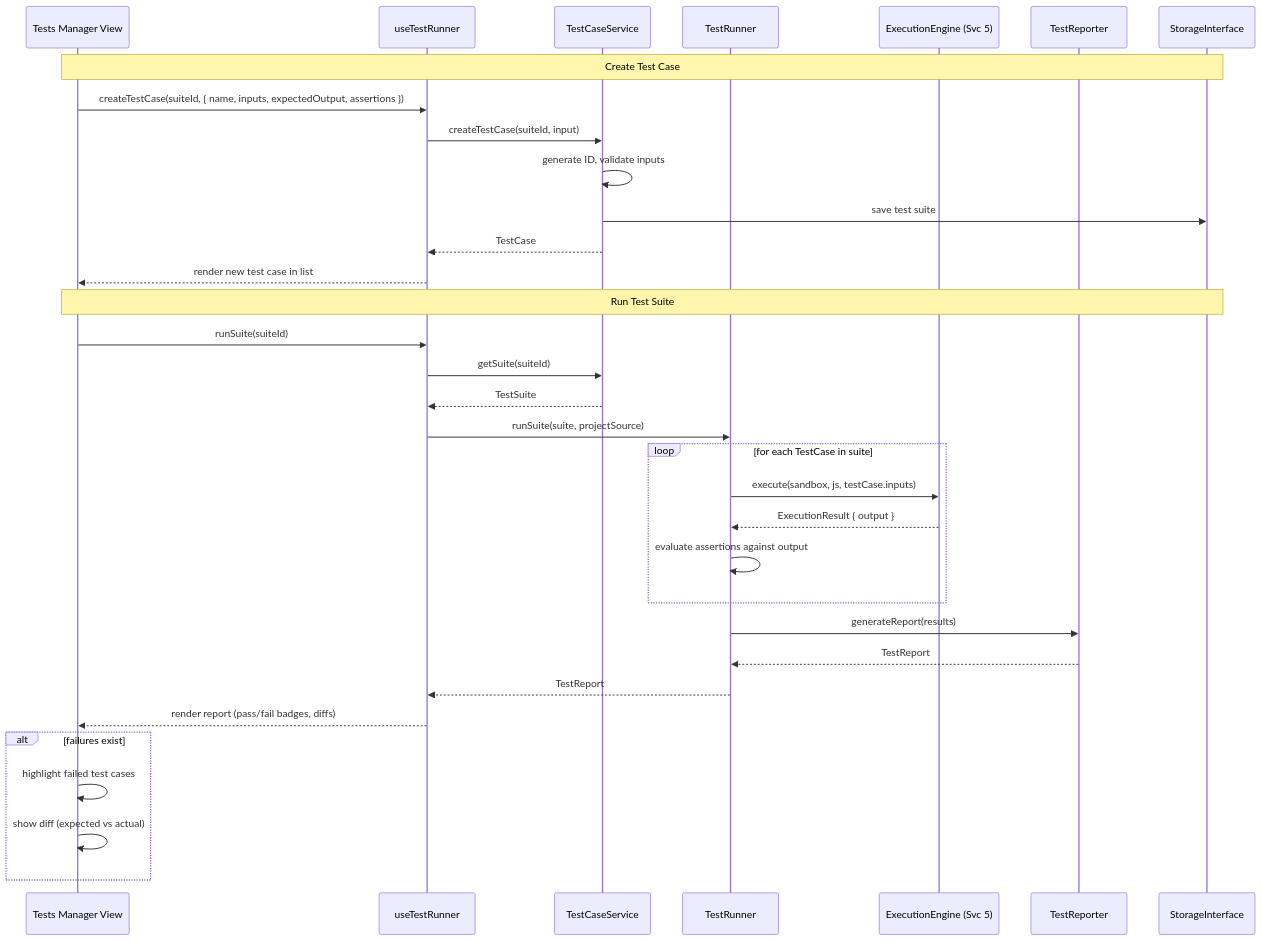
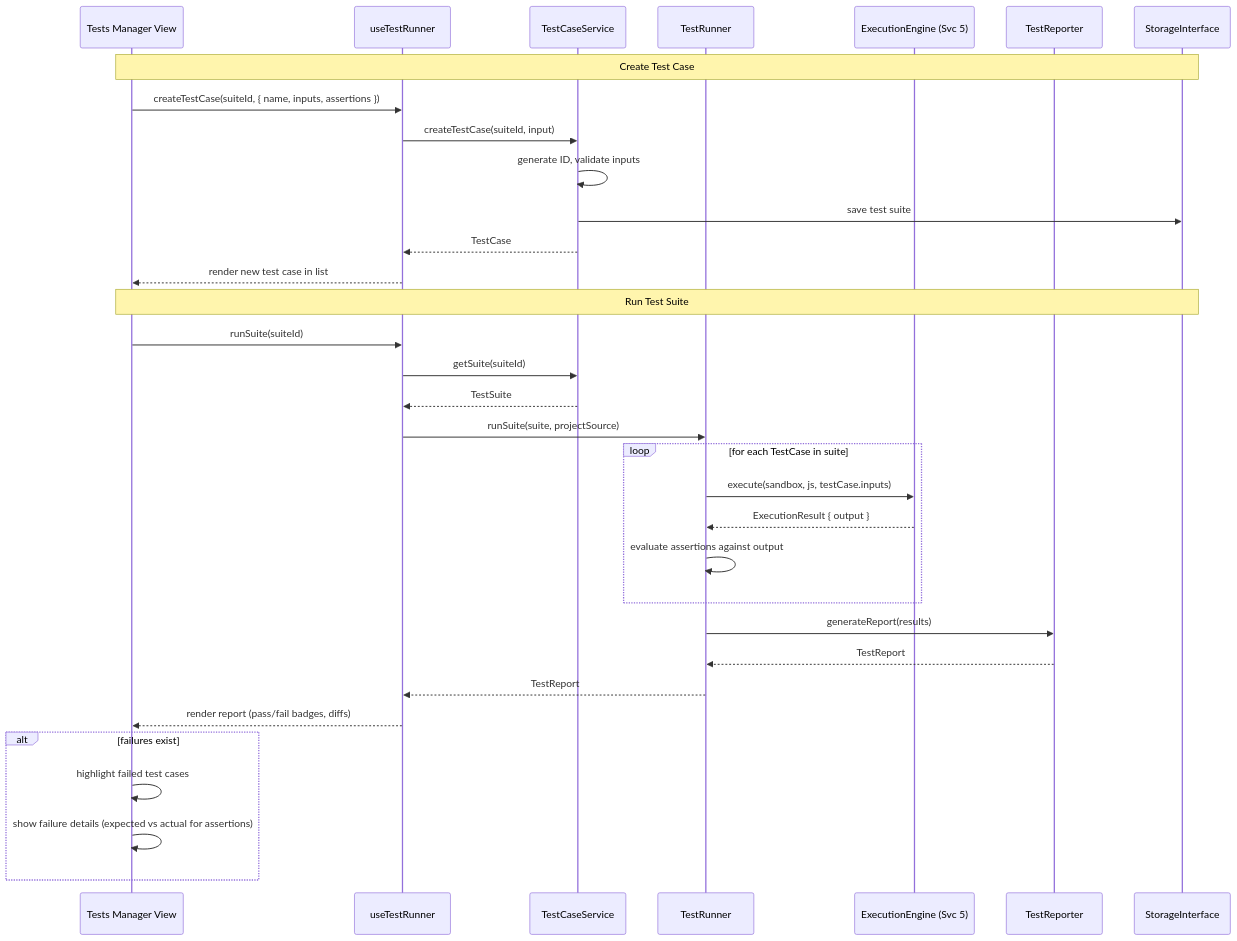
One commit to rimvydasb/open-modeler-ts changed the second of 2 diagrams in docs/06-TESTING-SERVICE.md. Above: the diagram before and after it, drawn with Mermaid. The commit also changed other lines of this file and 3 other files, not shown here.

Commit message:
refactor: update documentation and code examples to replace 'expectedOutput' with 'assertions'

````diff
--- a/docs/06-TESTING-SERVICE.md
+++ b/docs/06-TESTING-SERVICE.md
@@ -118,42 +117,42 @@
 ```mermaid
 sequenceDiagram
     participant UI as Tests Manager View
     participant Hook as useTestRunner
     participant Svc as TestCaseService
     participant Runner as TestRunner
     participant Engine as ExecutionEngine (Svc 5)
     participant Reporter as TestReporter
     participant IDB as StorageInterface
 
     Note over UI, IDB: Create Test Case
-    UI ->> Hook: createTestCase(suiteId, { name, inputs, expectedOutput, assertions })
+    UI ->> Hook: createTestCase(suiteId, { name, inputs, assertions })
     Hook ->> Svc: createTestCase(suiteId, input)
     Svc ->> Svc: generate ID, validate inputs
     Svc ->> IDB: save test suite
     Svc -->> Hook: TestCase
     Hook -->> UI: render new test case in list
 
     Note over UI, IDB: Run Test Suite
     UI ->> Hook: runSuite(suiteId)
     Hook ->> Svc: getSuite(suiteId)
     Svc -->> Hook: TestSuite
 
     Hook ->> Runner: runSuite(suite, projectSource)
 
     loop for each TestCase in suite
         Runner ->> Engine: execute(sandbox, js, testCase.inputs)
         Engine -->> Runner: ExecutionResult { output }
         Runner ->> Runner: evaluate assertions against output
     end
 
     Runner ->> Reporter: generateReport(results)
     Reporter -->> Runner: TestReport
     Runner -->> Hook: TestReport
 
     Hook -->> UI: render report (pass/fail badges, diffs)
 
     alt failures exist
         UI ->> UI: highlight failed test cases
-        UI ->> UI: show diff (expected vs actual)
+        UI ->> UI: show failure details (expected vs actual for assertions)
     end
 ```
````
